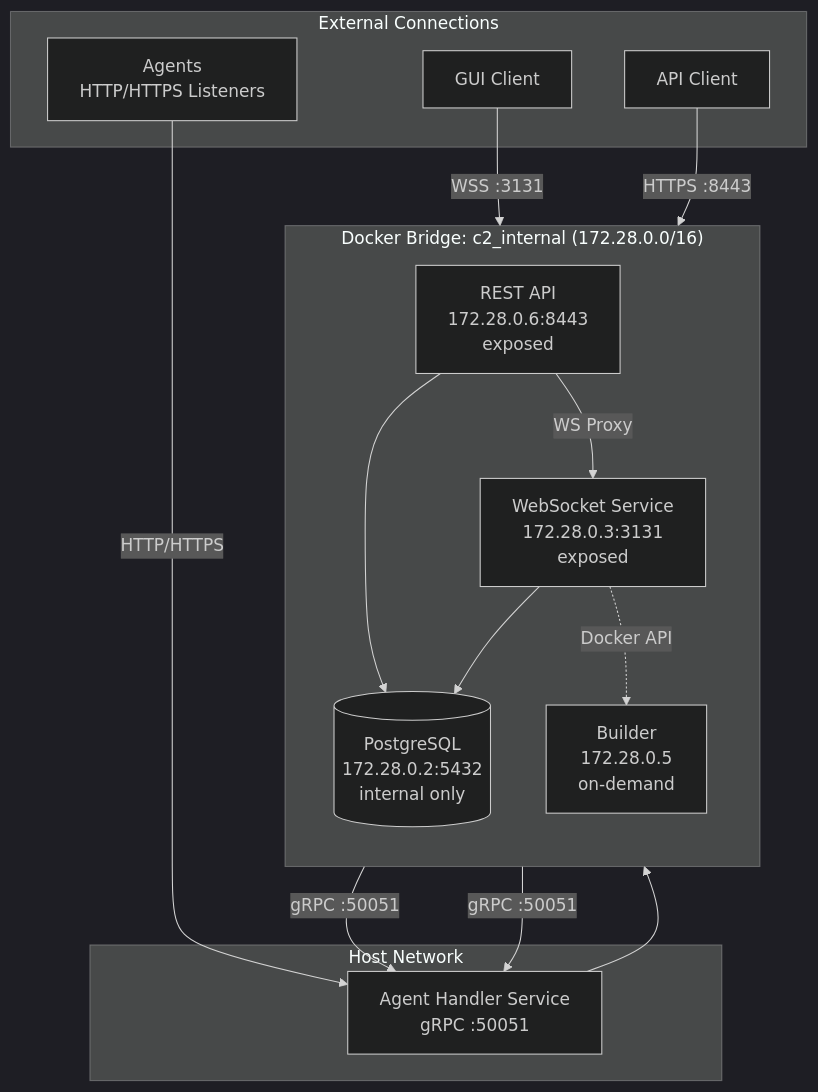
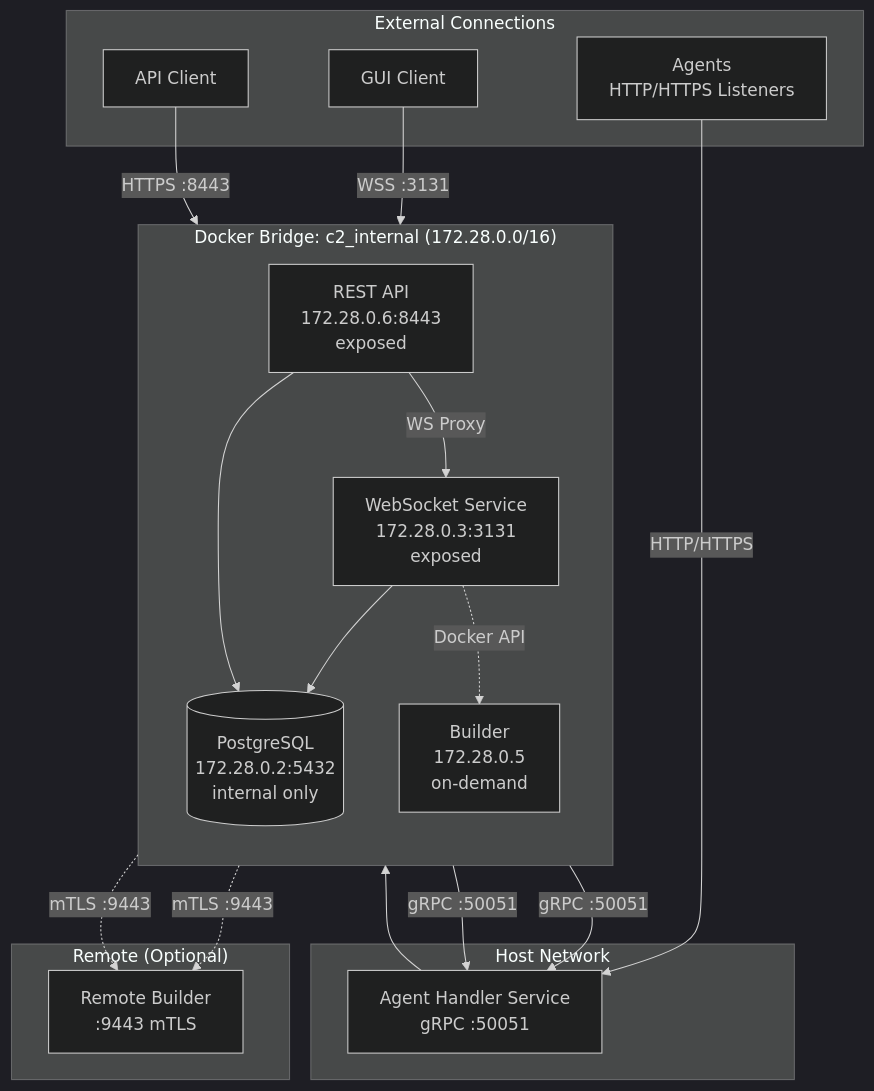
One commit to seahop/NexusC2 changed the diagram in docs/INFRASTRUCTURE.md. Above: the diagram before and after it, drawn with Mermaid (dark theme). The commit also changed other lines of this file and 28 other files, not shown here.

First line of the commit message:
add remote builder support with mTLS, CI pipeline, and builder interface refactor

````diff
--- a/docs/INFRASTRUCTURE.md
+++ b/docs/INFRASTRUCTURE.md
@@ -11,32 +11,38 @@
 ```mermaid
 graph TB
     subgraph Host["Host Network"]
         AH[Agent Handler Service<br/>gRPC :50051]
     end
 
     subgraph Bridge["Docker Bridge: c2_internal (172.28.0.0/16)"]
         direction TB
         DB[(PostgreSQL<br/>172.28.0.2:5432<br/>internal only)]
         WS[WebSocket Service<br/>172.28.0.3:3131<br/>exposed]
         REST[REST API<br/>172.28.0.6:8443<br/>exposed]
         BUILD[Builder<br/>172.28.0.5<br/>on-demand]
+    end
+
+    subgraph Remote["Remote (Optional)"]
+        RBUILD[Remote Builder<br/>:9443 mTLS]
     end
 
     subgraph External["External Connections"]
         GUI[GUI Client]
         API[API Client]
         AGENTS[Agents<br/>HTTP/HTTPS Listeners]
     end
 
     GUI -->|WSS :3131| WS
     API -->|HTTPS :8443| REST
     AGENTS -->|HTTP/HTTPS| AH
 
     WS -->|gRPC :50051| AH
     REST -->|gRPC :50051| AH
     REST -->|WS Proxy| WS
     WS --> DB
     REST --> DB
     AH --> DB
     WS -.->|Docker API| BUILD
+    WS -.->|mTLS :9443| RBUILD
+    REST -.->|mTLS :9443| RBUILD
 ```
````
